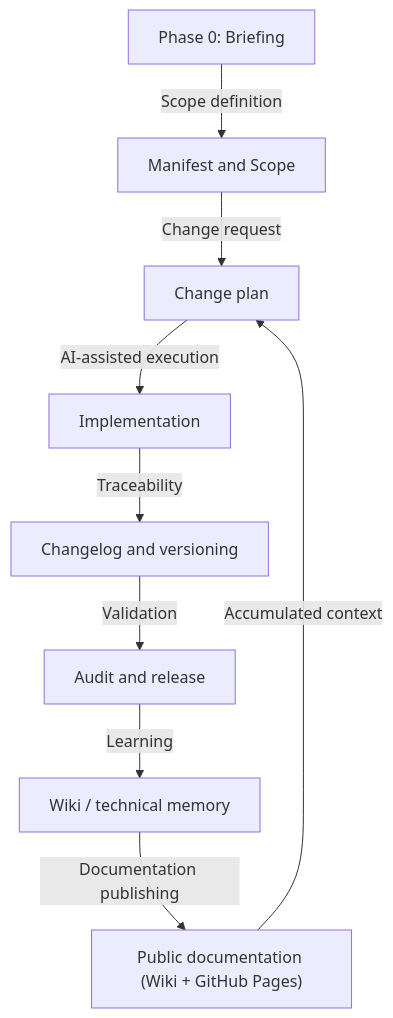
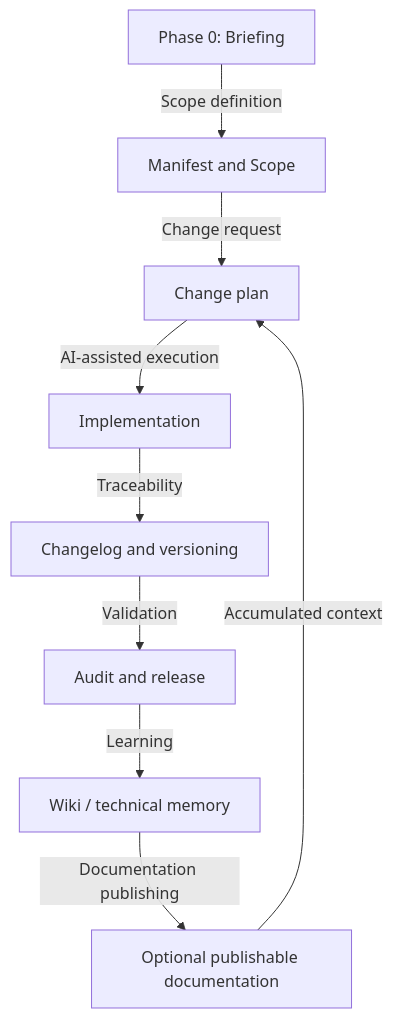
The second of 2 diagrams in FCVW/README.md (Sistema2D/FrameCode-VibeWork), drawn with Mermaid before and after one commit. The commit also changed other lines of this file and 1 other file, not shown here.

````diff
--- a/FCVW/README.md
+++ b/FCVW/README.md
@@ -117,11 +117,11 @@
 ```mermaid
 graph TD
     A["Phase 0: Briefing"] -->|"Scope definition"| B["Manifest and Scope"]
     B -->|"Change request"| C["Change plan"]
     C -->|"AI-assisted execution"| D["Implementation"]
     D -->|"Traceability"| E["Changelog and versioning"]
     E -->|"Validation"| F["Audit and release"]
     F -->|"Learning"| G["Wiki / technical memory"]
-    G -->|"Documentation publishing"| H["Public documentation (Wiki + GitHub Pages)"]
+    G -->|"Documentation publishing"| H["Optional publishable documentation"]
     H -->|"Accumulated context"| C
 ```
````
